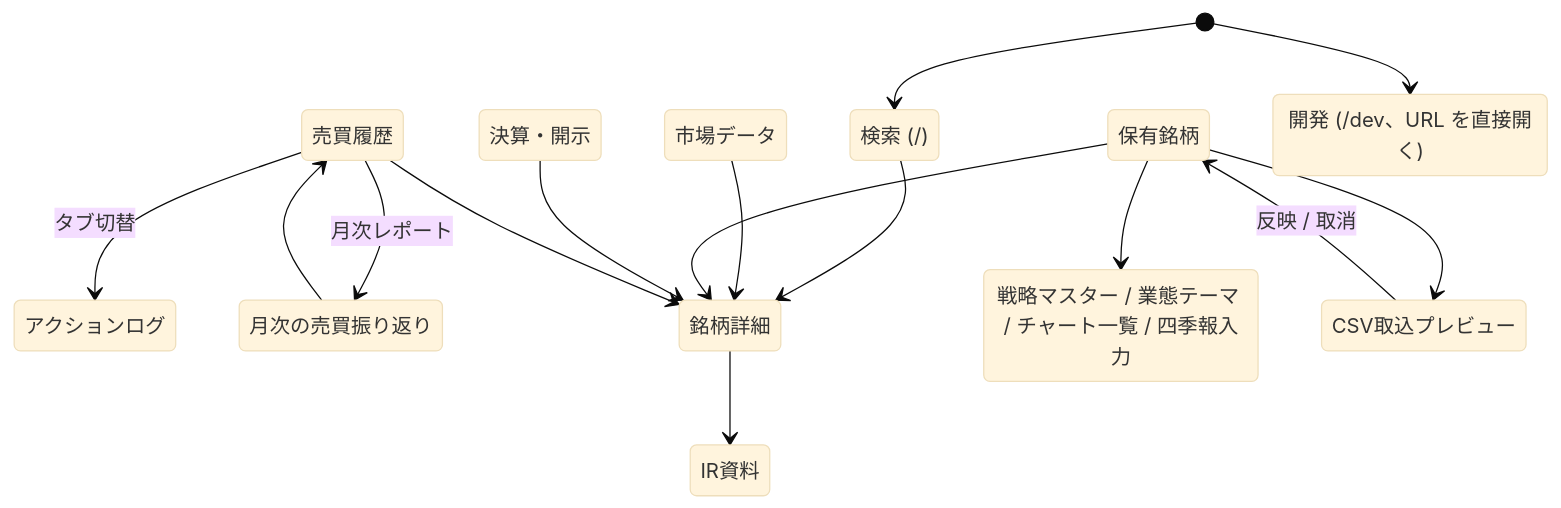
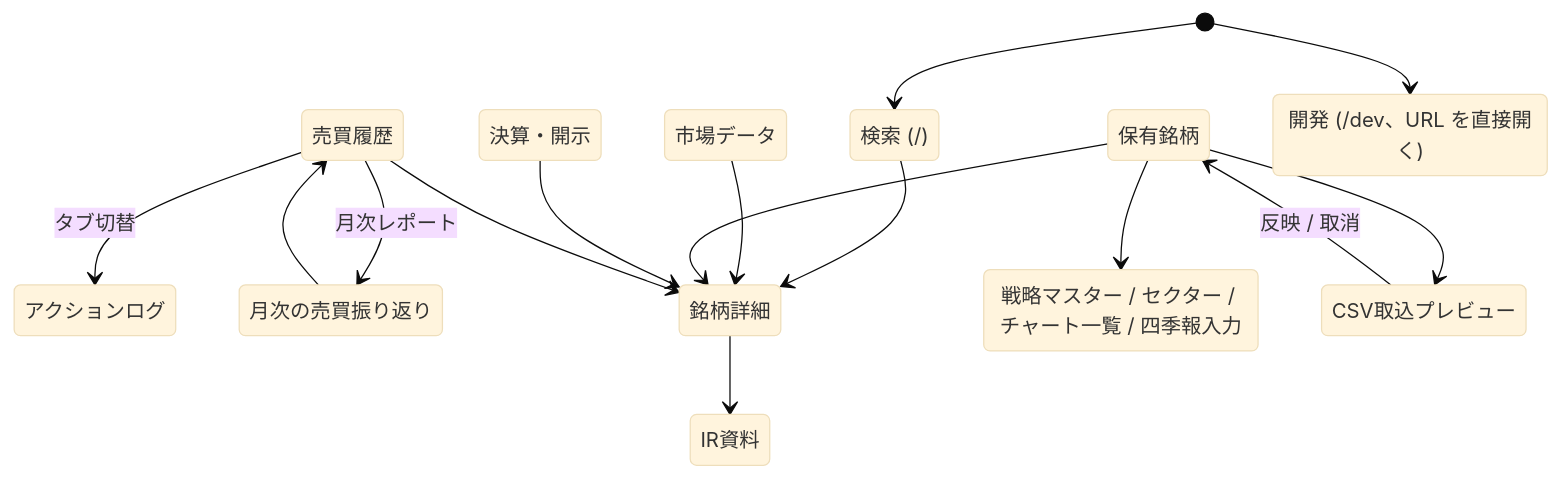
One commit to nasumiso/KSKInvestSystem changed the diagram in doc/アーキテクチャ.md. Above: the diagram before and after it, drawn with Mermaid (base theme). The commit also changed other lines of this file and 25 other files, not shown here.

````diff
--- a/doc/アーキテクチャ.md
+++ b/doc/アーキテクチャ.md
@@ -154,30 +154,30 @@
 ```mermaid
 stateDiagram-v2
     state "検索 (/)" as search
     state "市場データ" as market
     state "保有銘柄" as portfolio
     state "決算・開示" as disclosure
     state "売買履歴" as history
     state "アクションログ" as actionlog
     state "月次の売買振り返り" as reviews
     state "銘柄詳細" as detail
     state "IR資料" as irdocs
-    state "戦略マスター / 業態テーマ / チャート一覧 / 四季報入力" as pfsub
+    state "戦略マスター / セクター / チャート一覧 / 四季報入力" as pfsub
     state "CSV取込プレビュー" as csvimport
     state "開発 (/dev、URL を直接開く)" as dev
 
     [*] --> search
     search --> detail
     market --> detail
     portfolio --> detail
     disclosure --> detail
     history --> detail
     portfolio --> pfsub
     portfolio --> csvimport
     csvimport --> portfolio: 反映 / 取消
     history --> actionlog: タブ切替
     history --> reviews: 月次レポート
     reviews --> history
     detail --> irdocs
     [*] --> dev
 ```
````
